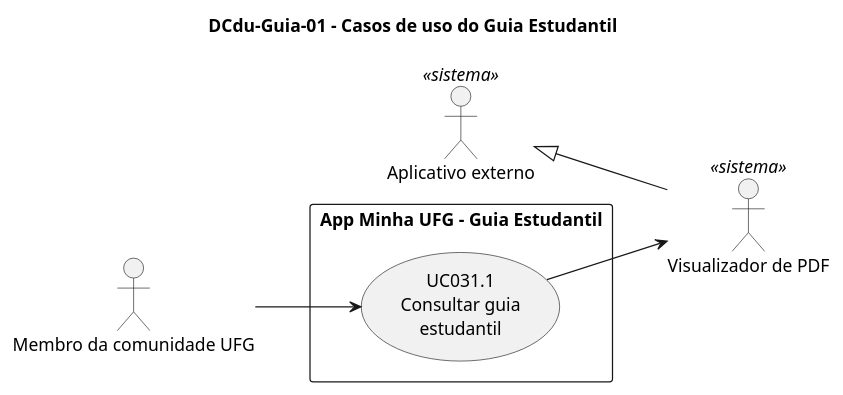
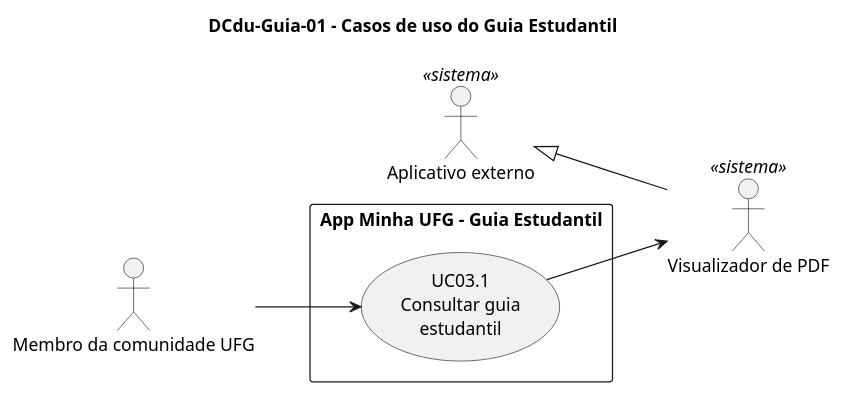
The diagram in Guia/DCdu-Guia-01.puml (joseduardogon/Minha_UFG_Grupo_Cinza), drawn with PlantUML before and after one commit. The commit also changed 6 other files, not shown here.

```diff
--- a/Guia/DCdu-Guia-01.puml
+++ b/Guia/DCdu-Guia-01.puml
@@ -1,17 +1,17 @@
 @startuml DCdu-Guia-01
 title DCdu-Guia-01 – Casos de uso do Guia Estudantil
 left to right direction
 skinparam packageStyle rectangle
 
 actor "Membro da comunidade UFG" as Membro
 actor "Aplicativo externo" as AppExt <<sistema>>
 actor "Visualizador de PDF" as VisPDF <<sistema>>
 VisPDF -up-|> AppExt
 
 rectangle "App Minha UFG – Guia Estudantil" {
-  usecase "UC031.1\nConsultar guia\nestudantil" as UC031
+  usecase "UC03.1\nConsultar guia\nestudantil" as UC031
 }
 
 Membro --> UC031
 UC031 --> VisPDF
 @enduml
```
